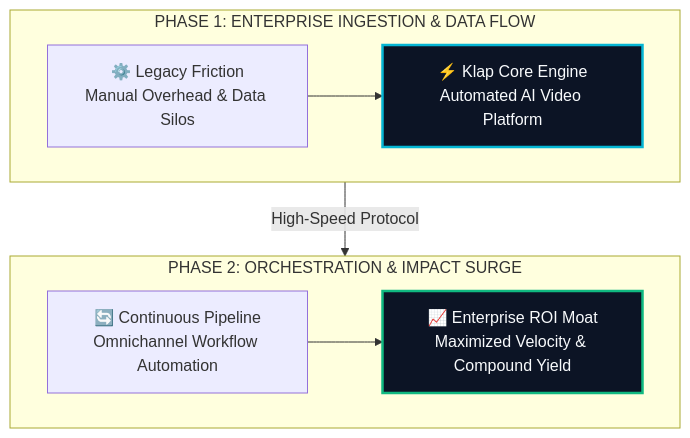
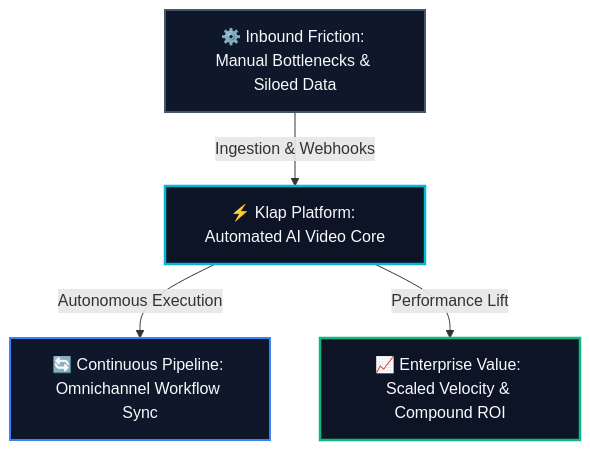
Before and after one commit to heliatech-media/saas-radar: the diagram in site/src/content/blog/klap-evolution-guide-2026.md, drawn with Mermaid. The commit also changed 93 other files, not shown here.

First line of the commit message:
fix(diagrams): resolve dagre-d3 subgraph collision by migrating to balanced 3-tier Hub & Spoke architecture

````diff
--- a/site/src/content/blog/klap-evolution-guide-2026.md
+++ b/site/src/content/blog/klap-evolution-guide-2026.md
@@ -51,14 +51,14 @@
 ```mermaid
 flowchart TD
-    subgraph S1["PHASE 1: ENTERPRISE INGESTION & DATA FLOW"]
-        direction LR
-        A["⚙️ Legacy Friction<br/>Manual Overhead & Data Silos"] --> B["⚡ Klap Core Engine<br/>Automated AI Video Platform"]
-    end
-    subgraph S2["PHASE 2: ORCHESTRATION & IMPACT SURGE"]
-        direction LR
-        C["🔄 Continuous Pipeline<br/>Omnichannel Workflow Automation"] --> D["📈 Enterprise ROI Moat<br/>Maximized Velocity & Compound Yield"]
-    end
-    S1 -->|High-Speed Protocol| S2
-    style B fill:#0c1425,stroke:#06b6d4,stroke-width:2.5px,color:#f8fafc
-    style D fill:#0c1425,stroke:#10b981,stroke-width:2.5px,color:#f8fafc
+    Inp["⚙️ Inbound Friction: Manual Bottlenecks & Siloed Data"]
+    Eng["⚡ Klap Platform: Automated AI Video Core"]
+    Out1["🔄 Continuous Pipeline: Omnichannel Workflow Sync"]
+    Out2["📈 Enterprise Value: Scaled Velocity & Compound ROI"]
+    Inp -->|Ingestion & Webhooks| Eng
+    Eng -->|Autonomous Execution| Out1
+    Eng -->|Performance Lift| Out2
+    style Inp fill:#0f172a,stroke:#475569,stroke-width:2px,color:#f8fafc
+    style Eng fill:#0c1425,stroke:#06b6d4,stroke-width:2.5px,color:#f8fafc
+    style Out1 fill:#0f172a,stroke:#3b82f6,stroke-width:2px,color:#f8fafc
+    style Out2 fill:#0c1425,stroke:#10b981,stroke-width:2.5px,color:#f8fafc
 ```
````
